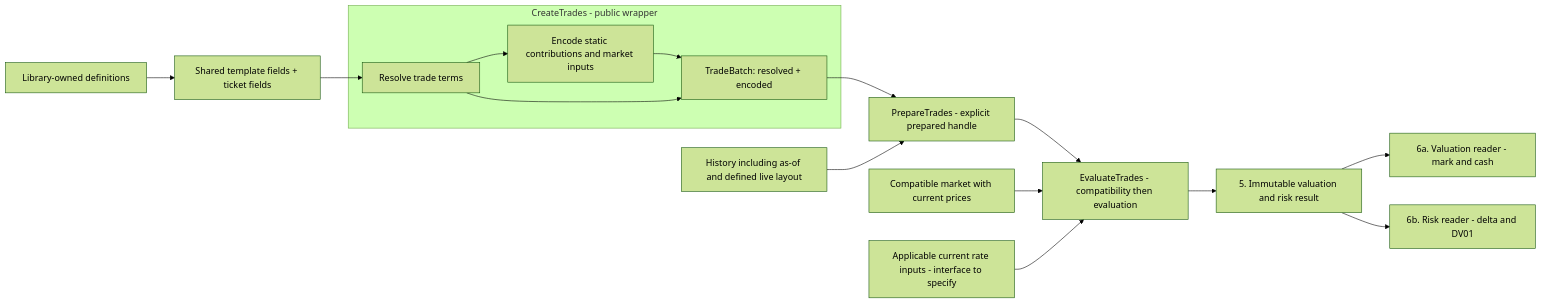
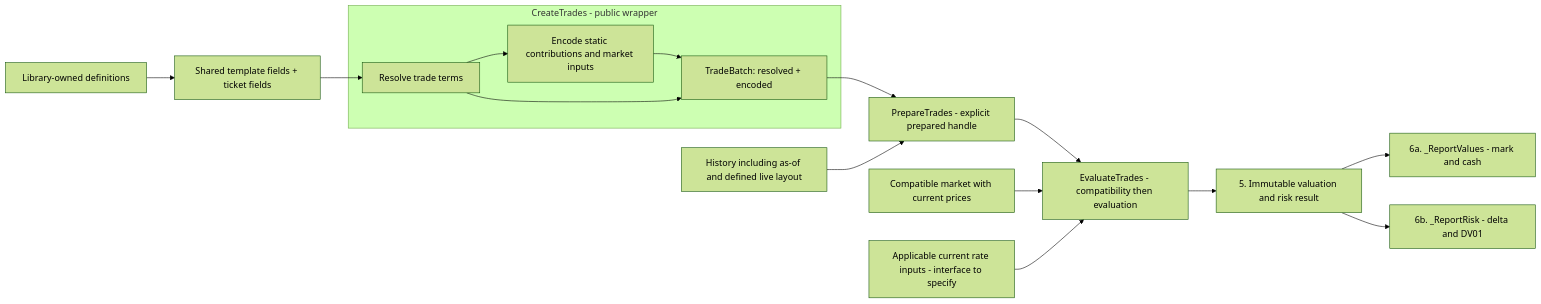
Before and after one commit to gobbles404/catalyst: the diagram in docs/engineering-tickets/trade-valuation-pipeline/README.md, drawn with Mermaid (forest theme). The commit also changed other lines of this file and 18 other files, not shown here.

````diff
--- a/docs/engineering-tickets/trade-valuation-pipeline/README.md
+++ b/docs/engineering-tickets/trade-valuation-pipeline/README.md
@@ -49,18 +49,18 @@
 ```mermaid
 flowchart LR
     I[Library-owned definitions] --> A[Shared template fields + ticket fields]
     A --> B
     subgraph CT[CreateTrades - public wrapper]
         B[Resolve trade terms] --> C[Encode static contributions and market inputs]
         C --> T[TradeBatch: resolved + encoded]
         B --> T
     end
     T --> D[PrepareTrades - explicit prepared handle]
     H[History including as-of and defined live layout] --> D
     D --> E[EvaluateTrades - compatibility then evaluation]
     P[Compatible market with current prices] --> E
     Q[Applicable current rate inputs - interface to specify] --> E
     E --> R[5. Immutable valuation and risk result]
-    R --> V[6a. Valuation reader - mark and cash]
-    R --> K[6b. Risk reader - delta and DV01]
+    R --> V[6a. _ReportValues - mark and cash]
+    R --> K[6b. _ReportRisk - delta and DV01]
 ```
````
